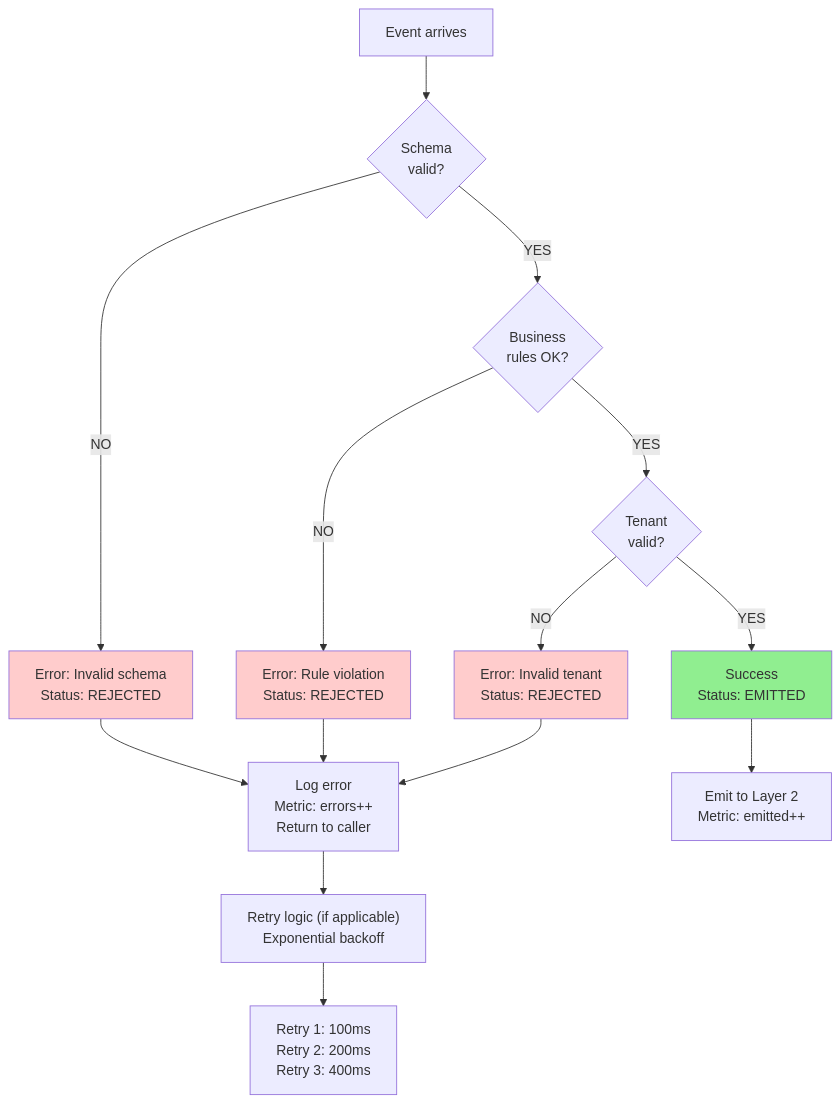
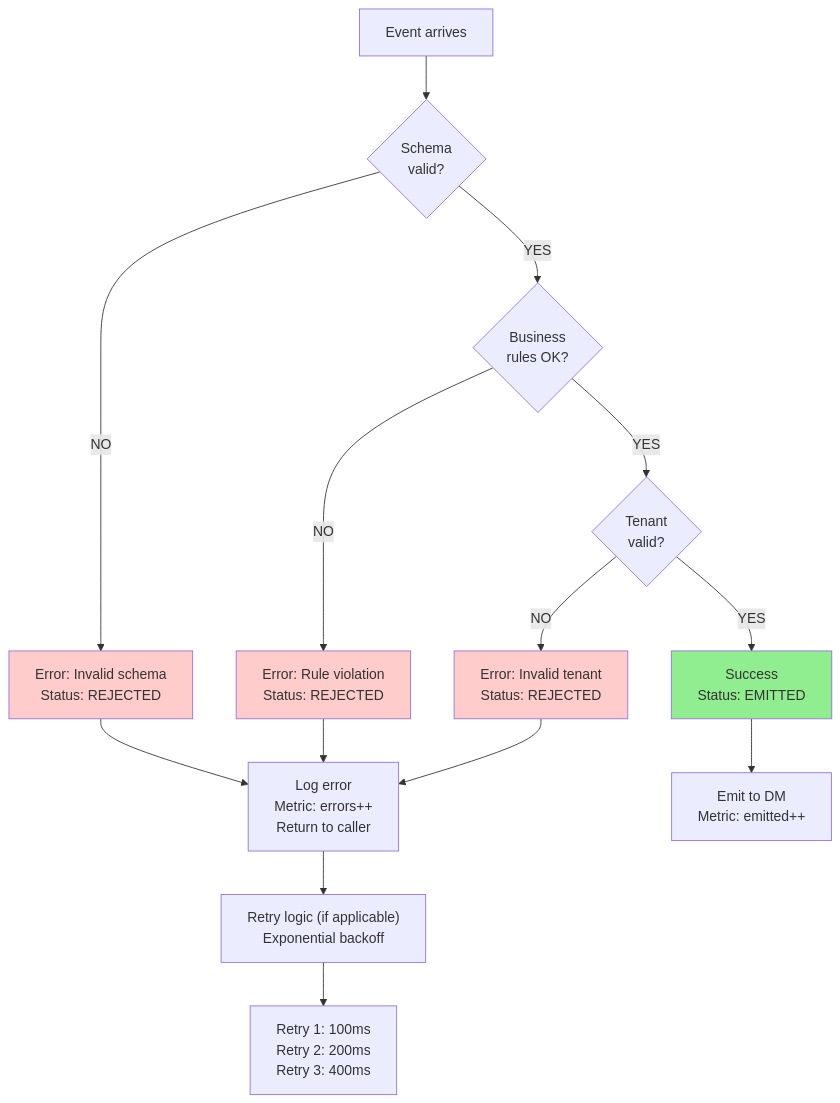
One commit to rashmirrout/DashFabric changed diagram 13 of 14 in docs/FM-Designs/FM_DESIGN_LAYER1_CONFIG_PLANE_SUPER_ENHANCED.md. Above: the diagram before and after it, drawn with Mermaid. The commit also changed other lines of this file and 32 other files, not shown here.

````diff
--- a/docs/FM-Designs/FM_DESIGN_LAYER1_CONFIG_PLANE_SUPER_ENHANCED.md
+++ b/docs/FM-Designs/FM_DESIGN_LAYER1_CONFIG_PLANE_SUPER_ENHANCED.md
@@ -747,26 +747,26 @@
 ```mermaid
 graph TD
     A["Event arrives"] --> B{"Schema<br/>valid?"}
     
     B -->|"NO"| C["Error: Invalid schema<br/>Status: REJECTED"]
     B -->|"YES"| D{"Business<br/>rules OK?"}
     
     D -->|"NO"| E["Error: Rule violation<br/>Status: REJECTED"]
     D -->|"YES"| F{"Tenant<br/>valid?"}
     
     F -->|"NO"| G["Error: Invalid tenant<br/>Status: REJECTED"]
     F -->|"YES"| H["Success<br/>Status: EMITTED"]
     
     C --> I["Log error<br/>Metric: errors++<br/>Return to caller"]
     E --> I
     G --> I
-    H --> J["Emit to Layer 2<br/>Metric: emitted++"]
+    H --> J["Emit to DM<br/>Metric: emitted++"]
     
     I --> K["Retry logic (if applicable)<br/>Exponential backoff"]
     K --> L["Retry 1: 100ms<br/>Retry 2: 200ms<br/>Retry 3: 400ms"]
     
     style H fill:#90EE90
     style C fill:#ffcccc
     style E fill:#ffcccc
     style G fill:#ffcccc
 ```
````
